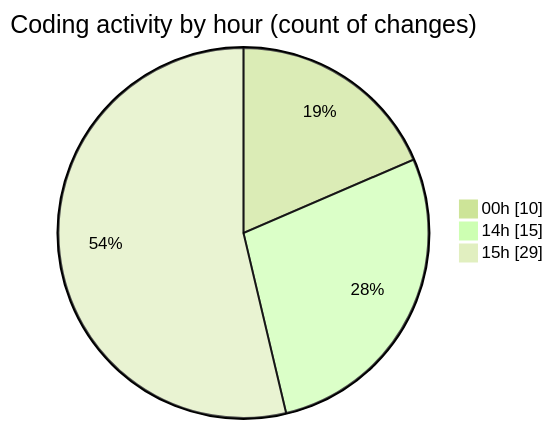
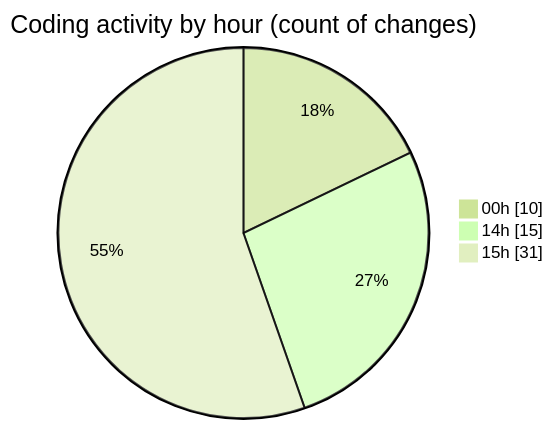
One commit to Netris89/code-tracking changed the second of 2 diagrams in 2025-04-07/echo/README.md. Above: the diagram before and after it, drawn with Mermaid (forest theme). The commit also changed other lines of this file and 1 other file, not shown here.

````diff
--- a/2025-04-07/echo/README.md
+++ b/2025-04-07/echo/README.md
@@ -37,7 +37,7 @@
 ```mermaid
 pie showData
 title Coding activity by hour (count of changes)
 "00h" : 10
 "14h" : 15
-"15h" : 29
+"15h" : 31
 ```
````
